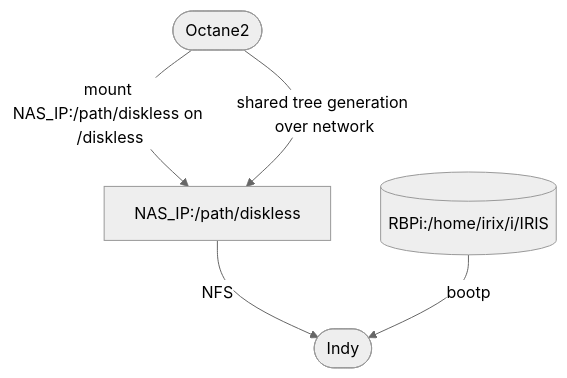
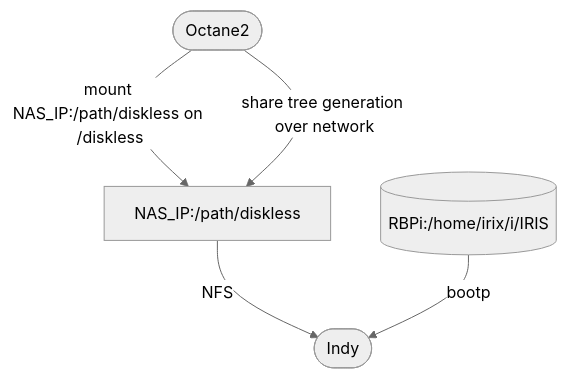
Before and after one commit to Linux-RISC/IRIX-diskless-workstation: the third of 3 diagrams in README.md, drawn with Mermaid (neutral theme). The commit also changed other lines of this file, not shown here.

````diff
--- a/README.md
+++ b/README.md
@@ -78,7 +78,7 @@
 ```mermaid
 graph TD;
     Octane2([Octane2])--mount NAS_IP:/path/diskless on /diskless-->B[NAS_IP:/path/diskless];
-    Octane2([Octane2])--shared tree generation over network-->B[NAS_IP:/path/diskless];
+    Octane2([Octane2])--share tree generation over network-->B[NAS_IP:/path/diskless];
     B[NAS_IP:/path/diskless]--NFS-->Indy([Indy]);
     RBPi[(RBPi:/home/irix/i/IRIS)]--bootp-->Indy([Indy]);
 ```
````
